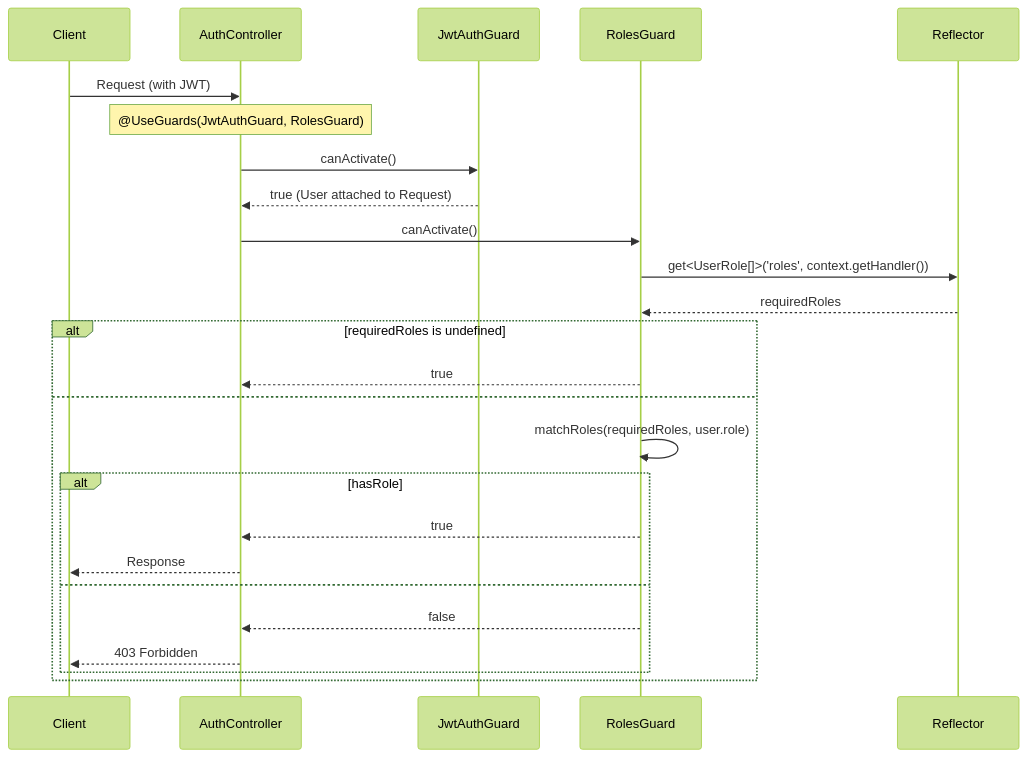
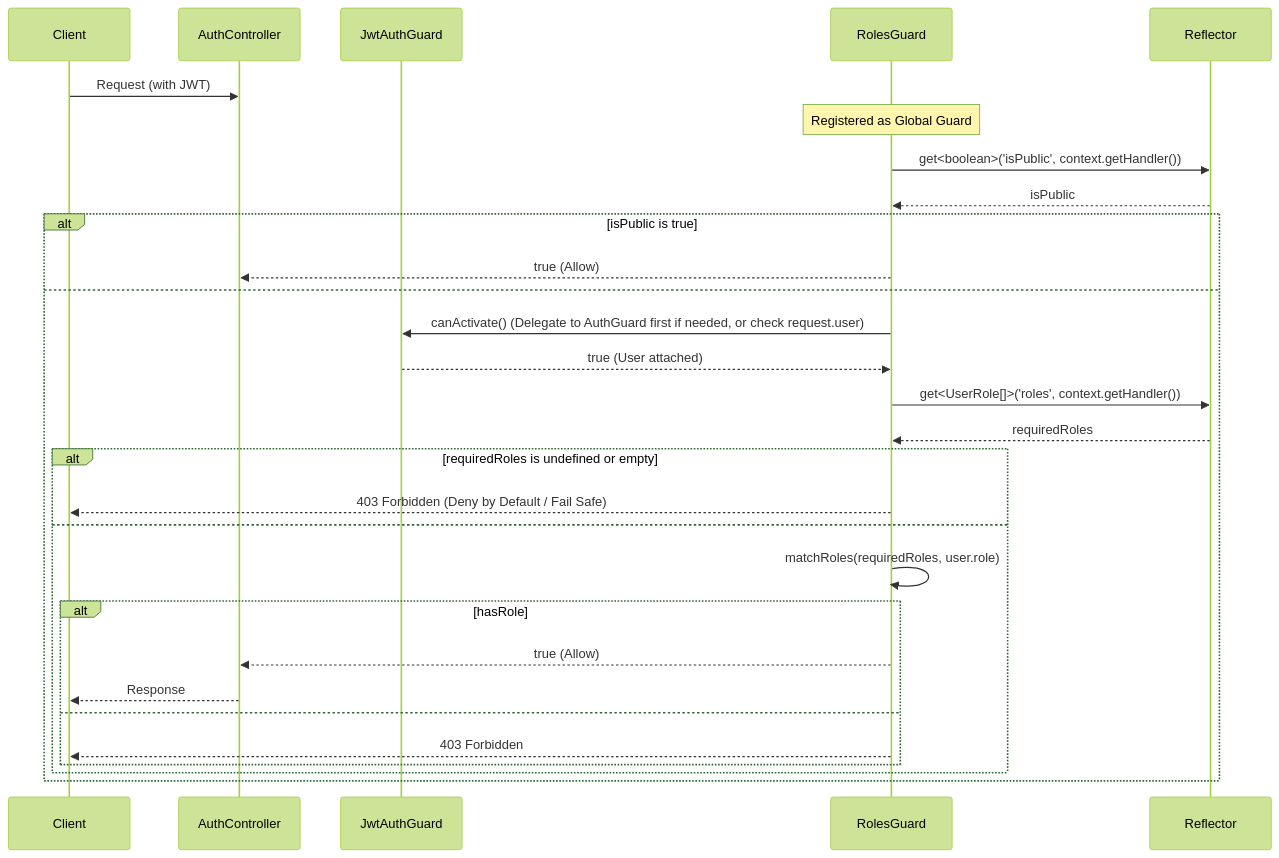
Before and after one commit to kencom2400/MrWebDefence-Console: the diagram in docs/detailed-design/MWD-29_rbac-implementation/sequence-diagrams.md, drawn with Mermaid (forest theme). The commit also changed other lines of this file and 4 other files, not shown here.

````diff
--- a/docs/detailed-design/MWD-29_rbac-implementation/sequence-diagrams.md
+++ b/docs/detailed-design/MWD-29_rbac-implementation/sequence-diagrams.md
@@ -5,32 +5,37 @@
 ```mermaid
 sequenceDiagram
     participant Client
     participant AuthController
     participant JwtAuthGuard
     participant RolesGuard
     participant Reflector
 
     Client->>AuthController: Request (with JWT)
     
-    Note over AuthController: @UseGuards(JwtAuthGuard, RolesGuard)
+    Note over RolesGuard: Registered as Global Guard
     
-    AuthController->>JwtAuthGuard: canActivate()
-    JwtAuthGuard-->>AuthController: true (User attached to Request)
+    RolesGuard->>Reflector: get<boolean>('isPublic', context.getHandler())
+    Reflector-->>RolesGuard: isPublic
     
-    AuthController->>RolesGuard: canActivate()
-    RolesGuard->>Reflector: get<UserRole[]>('roles', context.getHandler())
-    Reflector-->>RolesGuard: requiredRoles
-    
-    alt requiredRoles is undefined
-        RolesGuard-->>AuthController: true
+    alt isPublic is true
+        RolesGuard-->>AuthController: true (Allow)
     else
-        RolesGuard->>RolesGuard: matchRoles(requiredRoles, user.role)
-        alt hasRole
-            RolesGuard-->>AuthController: true
-            AuthController-->>Client: Response
+        RolesGuard->>JwtAuthGuard: canActivate() (Delegate to AuthGuard first if needed, or check request.user)
+        JwtAuthGuard-->>RolesGuard: true (User attached)
+        
+        RolesGuard->>Reflector: get<UserRole[]>('roles', context.getHandler())
+        Reflector-->>RolesGuard: requiredRoles
+        
+        alt requiredRoles is undefined or empty
+            RolesGuard-->>Client: 403 Forbidden (Deny by Default / Fail Safe)
         else
-            RolesGuard-->>AuthController: false
-            AuthController-->>Client: 403 Forbidden
+            RolesGuard->>RolesGuard: matchRoles(requiredRoles, user.role)
+            alt hasRole
+                RolesGuard-->>AuthController: true (Allow)
+                AuthController-->>Client: Response
+            else
+                RolesGuard-->>Client: 403 Forbidden
+            end
         end
     end
 ```
````
